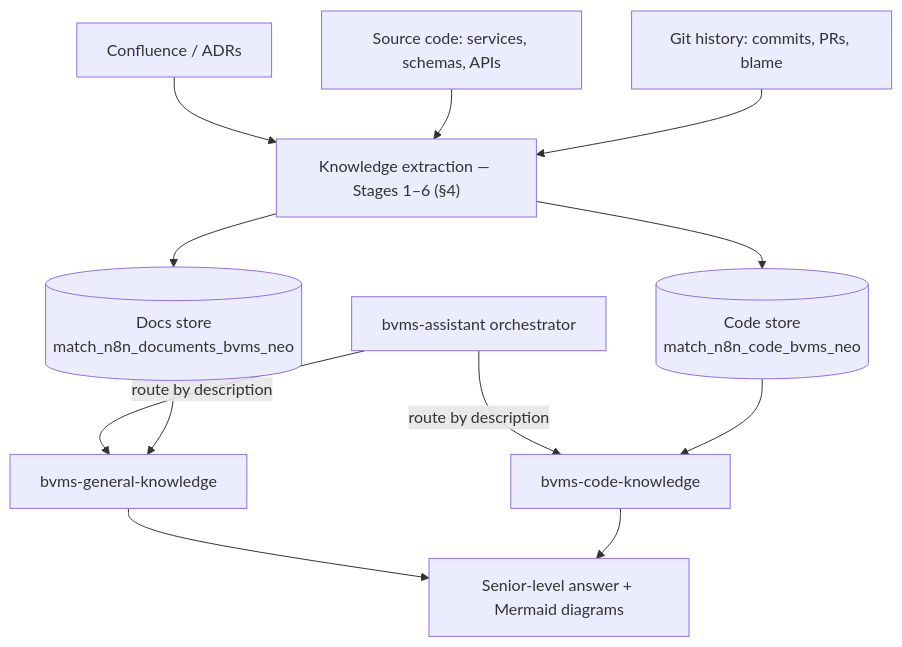
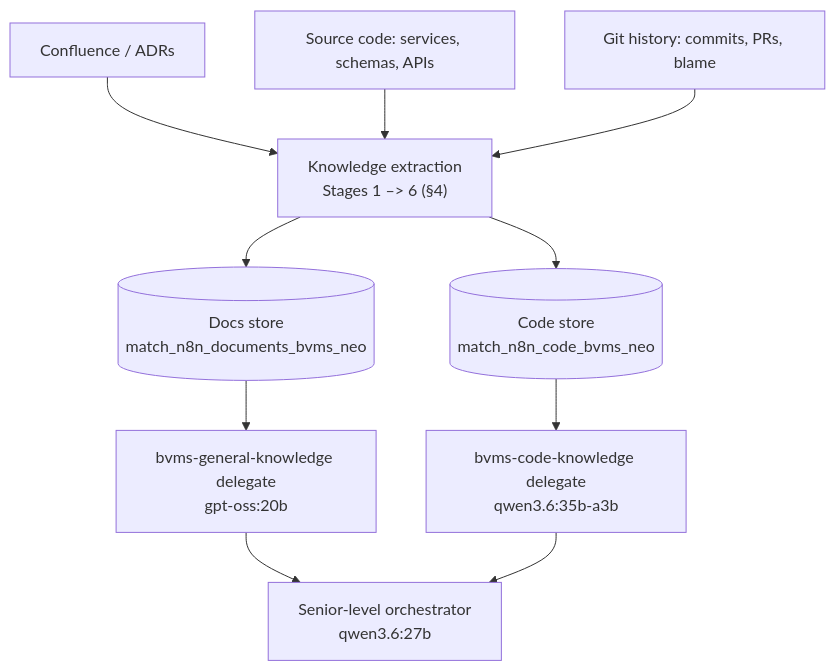
Before and after one commit to NguyenPhamCode4You/ai-home-lab-docker-compose: the diagram in ai-c4y/planning/design-principle.md, drawn with Mermaid. The commit also changed other lines of this file, not shown here.

````diff
--- a/ai-c4y/planning/design-principle.md
+++ b/ai-c4y/planning/design-principle.md
@@ -55,16 +41,13 @@
 ```mermaid
 flowchart TB
     A1[Confluence / ADRs] --> B
     A2[Source code: services, schemas, APIs] --> B
     A3[Git history: commits, PRs, blame] --> B
-    B["Knowledge extraction — Stages 1–6 (§4)"]
+    B["Knowledge extraction<br/> Stages 1 –> 6 (§4)"]
     B --> S1[("Docs store<br/>match_n8n_documents_bvms_neo")]
     B --> S2[("Code store<br/>match_n8n_code_bvms_neo")]
-    O["bvms-assistant orchestrator"]
-    O -->|route by description| D1[bvms-general-knowledge]
-    O -->|route by description| D2[bvms-code-knowledge]
-    S1 --> D1
-    S2 --> D2
-    D1 --> ANS[Senior-level answer + Mermaid diagrams]
-    D2 --> ANS
+    S1 --> B1["bvms-general-knowledge delegate<br/>gpt-oss:20b"]
+    S2 --> B2["bvms-code-knowledge delegate<br/>qwen3.6:35b-a3b"]
+    B1 --> ANS[Senior-level orchestrator<br/>qwen3.6:27b]
+    B2 --> ANS
 ```
````
